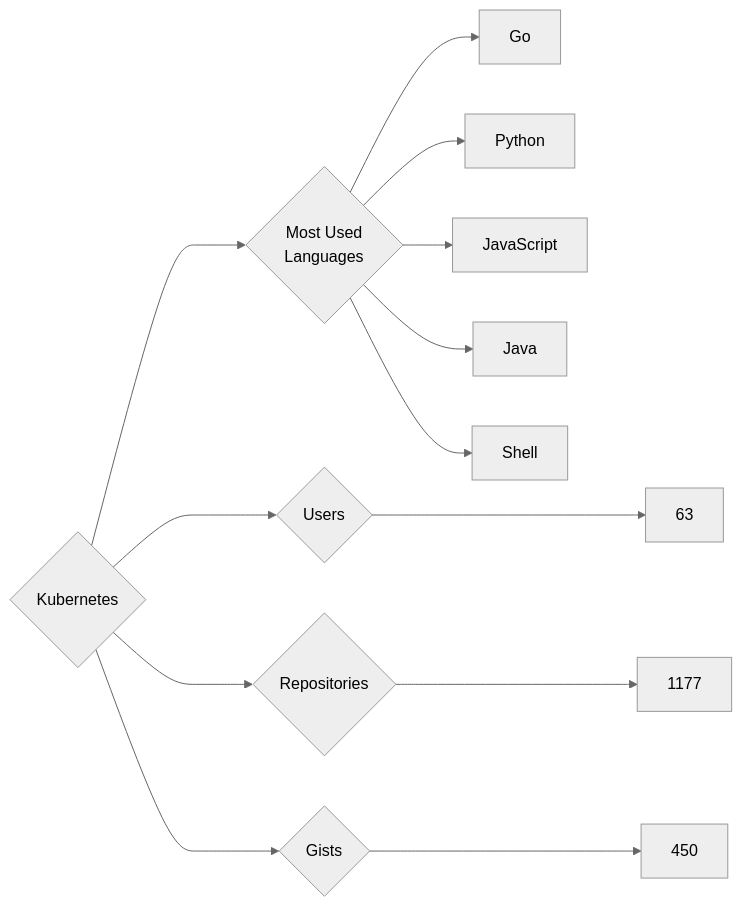
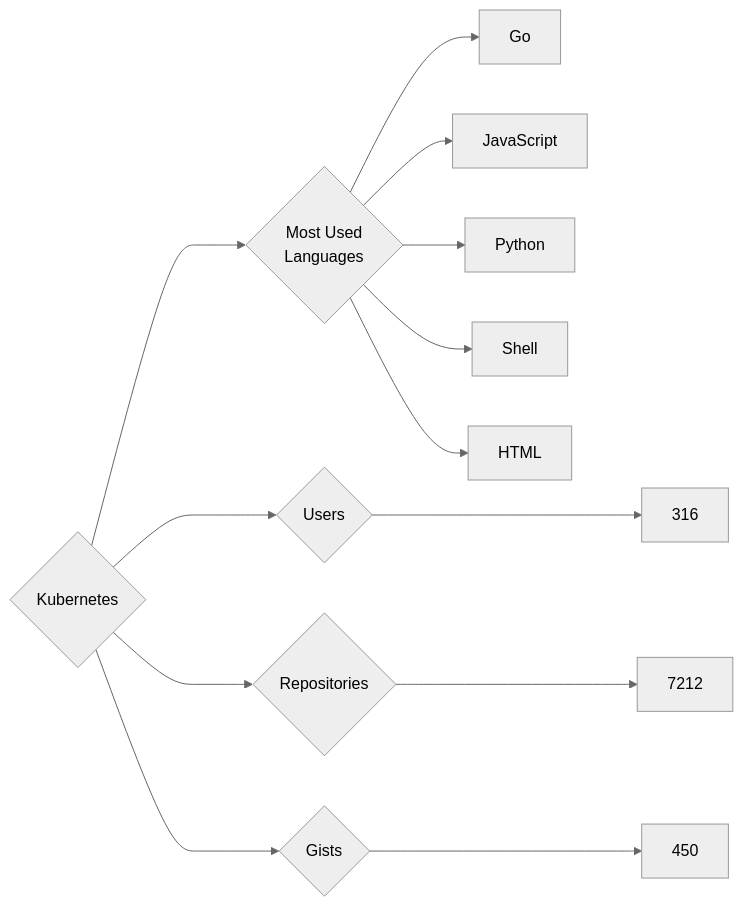
Before and after one commit to trickest/insiders: the diagram in targets/Kubernetes/README.md, drawn with Mermaid (neutral theme). The commit also changed 934 other files, not shown here.

````diff
--- a/targets/Kubernetes/README.md
+++ b/targets/Kubernetes/README.md
@@ -3,13 +3,13 @@
 ```mermaid
 graph LR
 COMPANY_NAME{Kubernetes}
-COMPANY_NAME ---> U{Users} ---> UN[63]
-COMPANY_NAME ---> R{Repositories} ---> RN[1177]
+COMPANY_NAME ---> U{Users} ---> UN[316]
+COMPANY_NAME ---> R{Repositories} ---> RN[7212]
 COMPANY_NAME ---> G{Gists} ---> GN[450]
 COMPANY_NAME ---> ML{Most Used<br>Languages}
 ML --> Go[Go]
+ML --> JavaScript[JavaScript]
 ML --> Python[Python]
-ML --> JavaScript[JavaScript]
-ML --> Java[Java]
 ML --> Shell[Shell]
+ML --> HTML[HTML]
 ```
````
